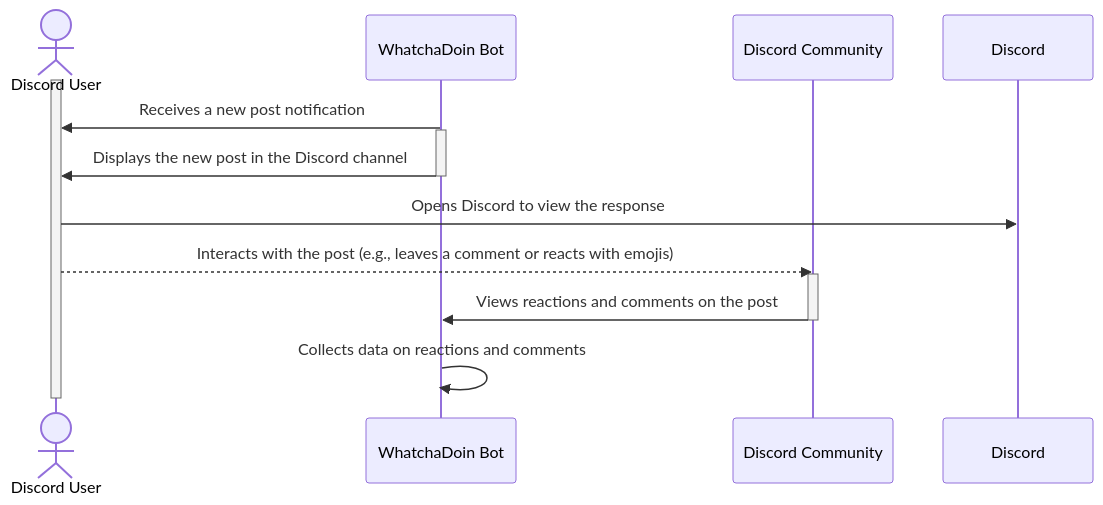
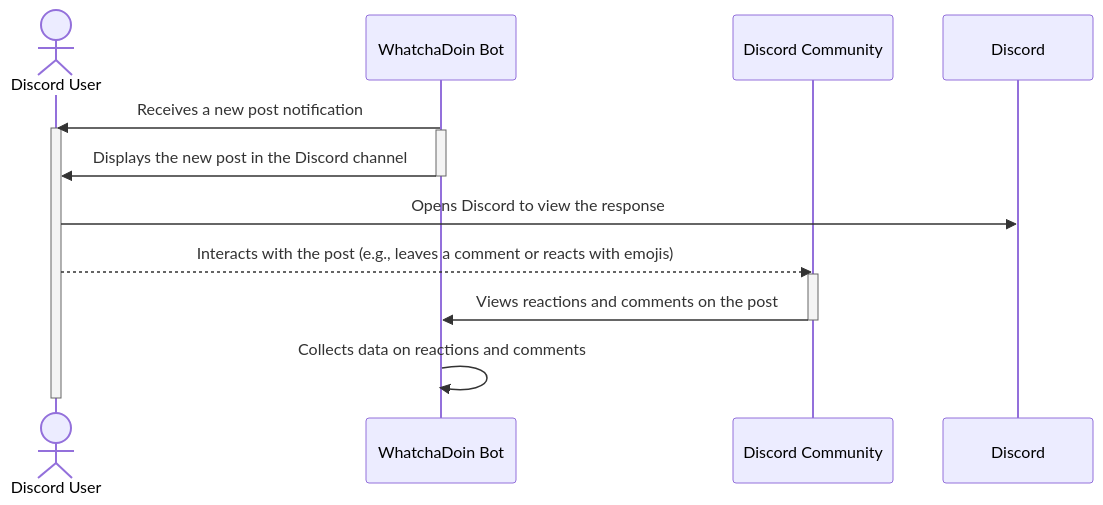
Before and after one commit to Capstone-Projects-2023-Fall/project-bereal-meets-slack: the eighth of 11 diagrams in documentation/docs/system-architecture/design.md, drawn with Mermaid. The commit also changed other lines of this file, not shown here.

````diff
--- a/documentation/docs/system-architecture/design.md
+++ b/documentation/docs/system-architecture/design.md
@@ -411,21 +411,21 @@
 ```mermaid
 
 sequenceDiagram
     actor User as Discord User
     participant WhatchaDoinBot as WhatchaDoin Bot
     participant Community as Discord Community
 
+    WhatchaDoinBot ->> User: Receives a new post notification
     activate User
-    WhatchaDoinBot ->> User: Receives a new post notification
     activate WhatchaDoinBot
     WhatchaDoinBot ->> User: Displays the new post in the Discord channel
     deactivate WhatchaDoinBot
     User ->> Discord: Opens Discord to view the response
     User -->> Community: Interacts with the post (e.g., leaves a comment or reacts with emojis)
     activate Community
     Community ->> WhatchaDoinBot: Views reactions and comments on the post
     deactivate Community
     WhatchaDoinBot ->> WhatchaDoinBot: Collects data on reactions and comments
     deactivate User
 
 ```
````
